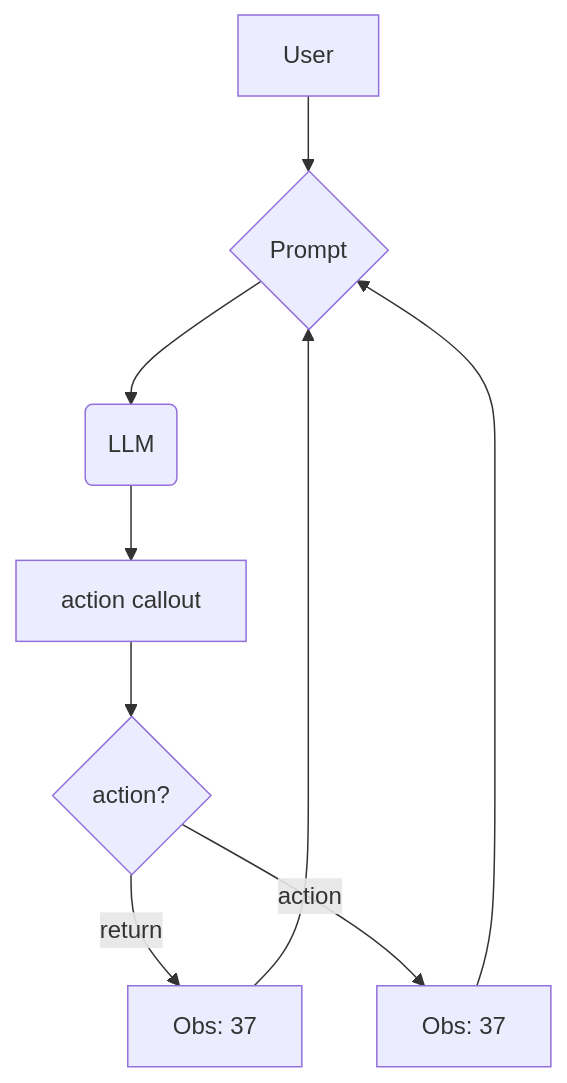
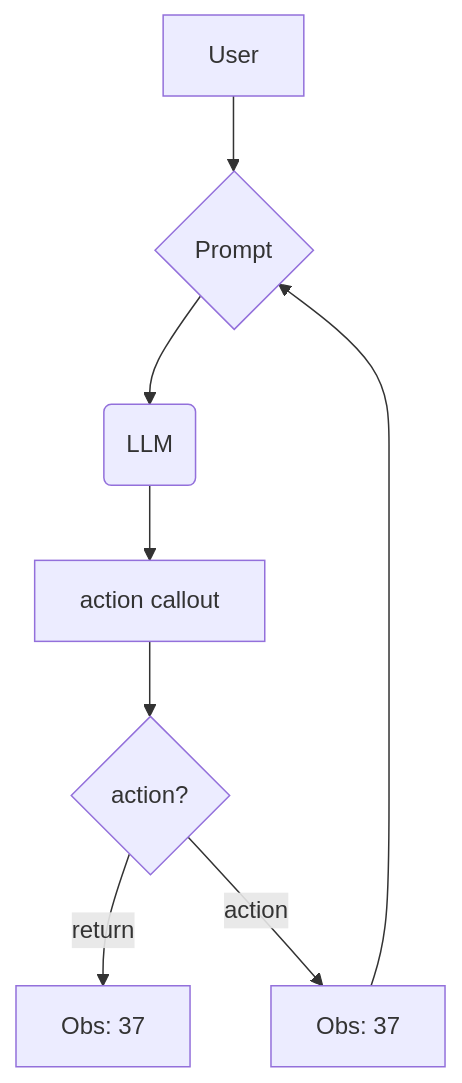
The diagram in Courses/DeepLearning/AI Agents in LangGraph/Redme.md (ibrhdotme/100DaysOfAgenticAi), drawn with Mermaid before and after one commit.

Commit message:
fix mermaid diagram

````diff
--- a/Courses/DeepLearning/AI Agents in LangGraph/Redme.md
+++ b/Courses/DeepLearning/AI Agents in LangGraph/Redme.md
@@ -232,11 +232,10 @@
 ```mermaid
 graph TD
     A[User] --> B{Prompt};
     B --> C(LLM);
     C --> D[action callout];
     D --> E{action?};
-    E -- return --> F[Obs: 37];
+    E -- return --> H[Obs: 37];
     E -- action --> G[Obs: 37];
     G --> B;
-    F --> B;
 ```
````
